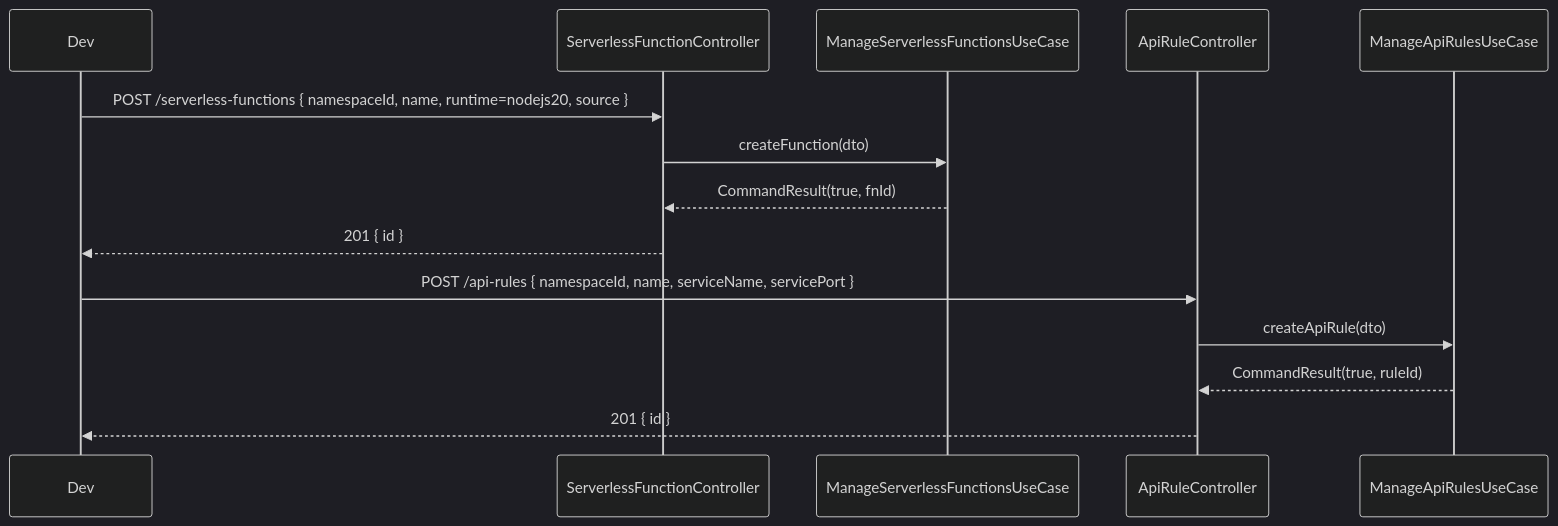
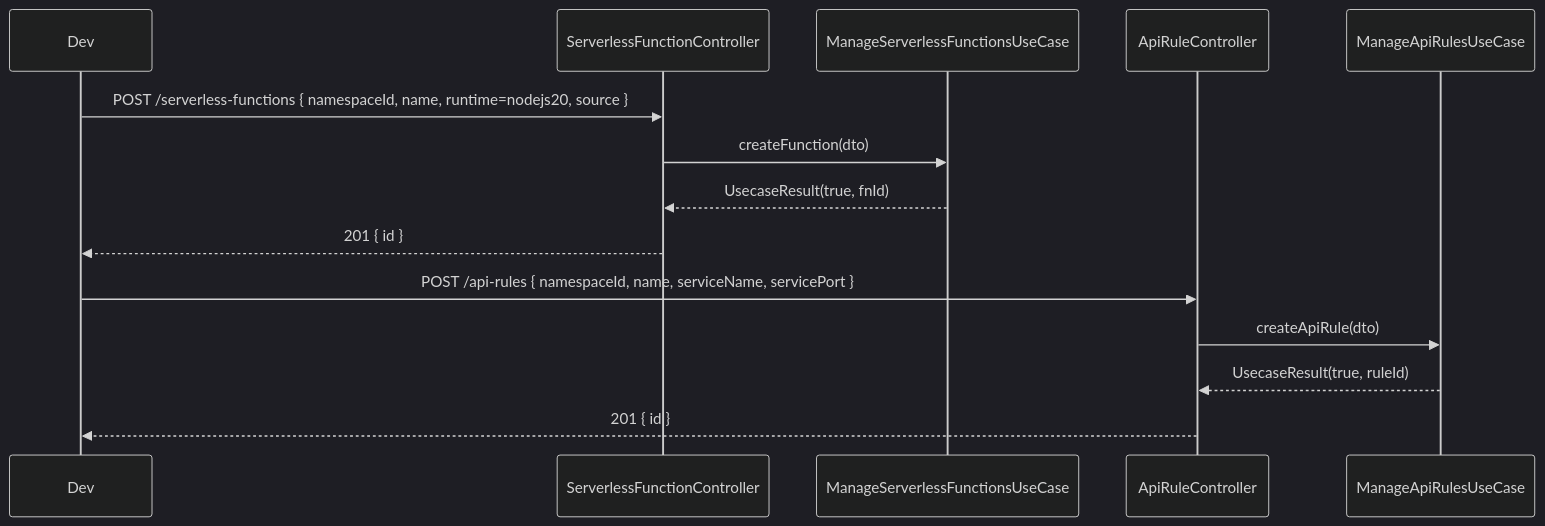
The third of 3 diagrams in kyma/UML.md (UIMSolutions/uim-platform), drawn with Mermaid (dark theme) before and after one commit. The commit also changed 907 other files, not shown here.

Commit message:
Rename CommandResult

````diff
--- a/kyma/UML.md
+++ b/kyma/UML.md
@@ -151,18 +151,18 @@
 ```mermaid
 sequenceDiagram
     participant Dev
     participant FnC as ServerlessFunctionController
     participant FnUC as ManageServerlessFunctionsUseCase
     participant ARC as ApiRuleController
     participant ARUC as ManageApiRulesUseCase
 
     Dev->>FnC: POST /serverless-functions { namespaceId, name, runtime=nodejs20, source }
     FnC->>FnUC: createFunction(dto)
-    FnUC-->>FnC: CommandResult(true, fnId)
+    FnUC-->>FnC: UsecaseResult(true, fnId)
     FnC-->>Dev: 201 { id }
 
     Dev->>ARC: POST /api-rules { namespaceId, name, serviceName, servicePort }
     ARC->>ARUC: createApiRule(dto)
-    ARUC-->>ARC: CommandResult(true, ruleId)
+    ARUC-->>ARC: UsecaseResult(true, ruleId)
     ARC-->>Dev: 201 { id }
 ```
````
